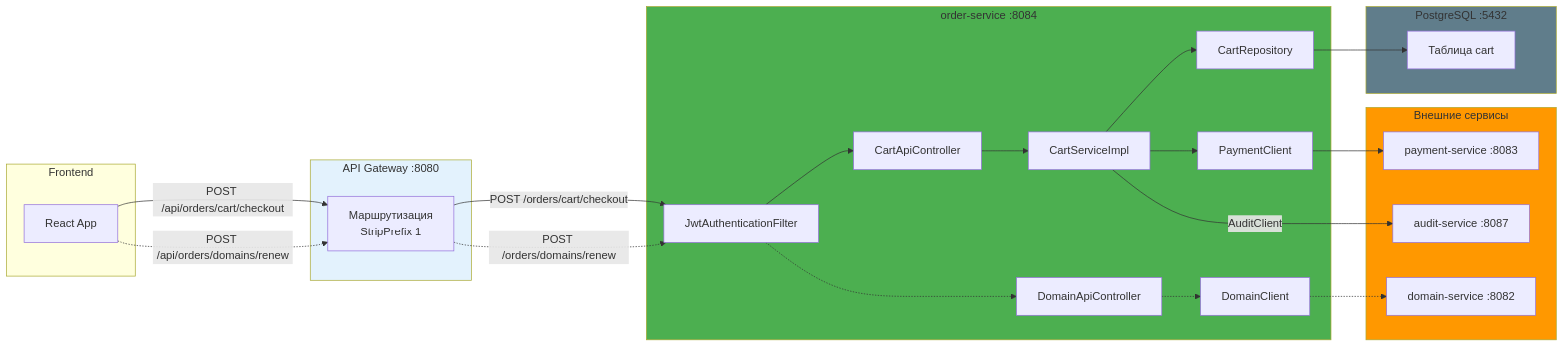
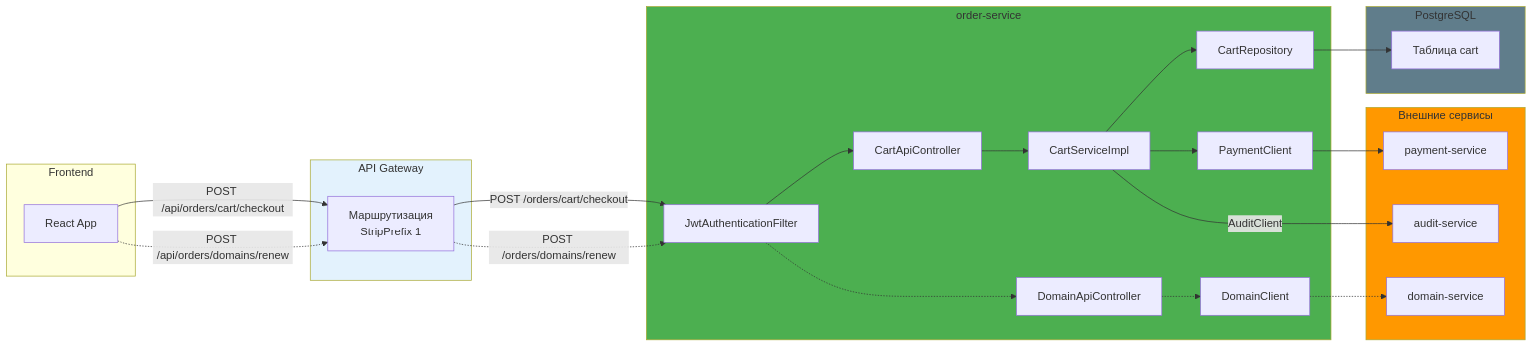
One commit to PawKorchagin/hrofos-domain-register changed the sixth of 9 diagrams in order-service/README.md. Above: the diagram before and after it, drawn with Mermaid. The commit also changed other lines of this file and 7 other files, not shown here.

````diff
--- a/order-service/README.md
+++ b/order-service/README.md
@@ -359,51 +382,51 @@
 ```mermaid
 flowchart LR
-    subgraph Frontend["Frontend"]
+    subgraph FrontendLane["         Frontend"]
         Client[React App]
     end
 
-    subgraph Gateway["API Gateway :8080"]
+    subgraph GatewayLane["         API Gateway"]
         Router[Маршрутизация<br/>StripPrefix 1]
     end
 
-    subgraph Order["order-service :8084"]
+    subgraph OrderLane["         order-service"]
         Filter[JwtAuthenticationFilter]
         CartCtrl[CartApiController]
         DomainCtrl[DomainApiController]
         Service[CartServiceImpl]
         Repo[CartRepository]
         DomC[DomainClient]
         PayC[PaymentClient]
     end
 
-    subgraph DB["PostgreSQL :5432"]
+    subgraph DBLane["         PostgreSQL"]
         Cart[Таблица cart]
     end
 
-    subgraph Services["Внешние сервисы"]
-        PayS["payment-service :8083"]
-        AuditS["audit-service :8087"]
-        DomainS["domain-service :8082"]
+    subgraph ServicesLane["         Внешние сервисы"]
+        PayS["payment-service"]
+        AuditS["audit-service"]
+        DomainS["domain-service"]
     end
 
     Client -->|POST /api/orders/cart/checkout| Router
     Router -->|POST /orders/cart/checkout| Filter
     Filter --> CartCtrl
     CartCtrl --> Service
     Service --> Repo
     Repo --> Cart
     Service --> PayC
     PayC --> PayS
     Service -->|"AuditClient"| AuditS
 
     Client -.->|POST /api/orders/domains/renew| Router
     Router -.->|POST /orders/domains/renew| Filter
     Filter -.-> DomainCtrl
     DomainCtrl -.-> DomC
     DomC -.-> DomainS
 
-    style Gateway fill:#e3f2fd
-    style Order fill:#4caf50
-    style DB fill:#607d8b
-    style Services fill:#ff9800
+    style GatewayLane fill:#e3f2fd
+    style OrderLane fill:#4caf50
+    style DBLane fill:#607d8b
+    style ServicesLane fill:#ff9800
 ```
````
